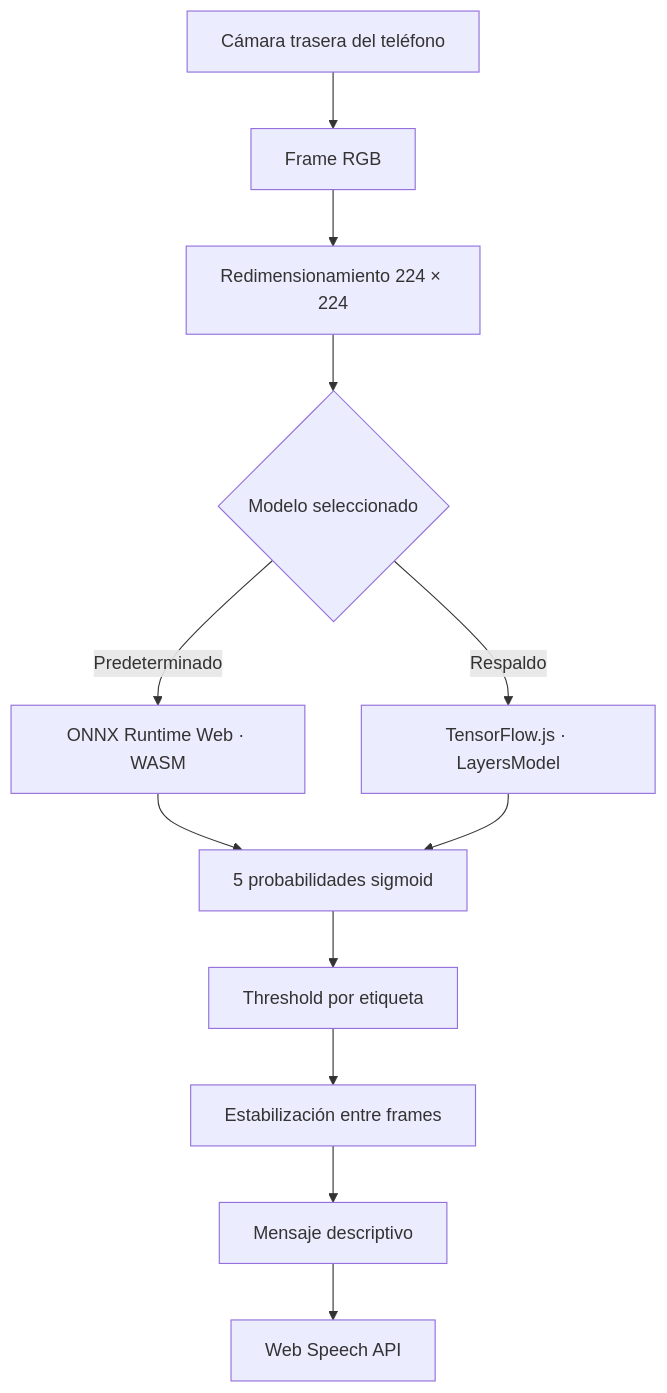
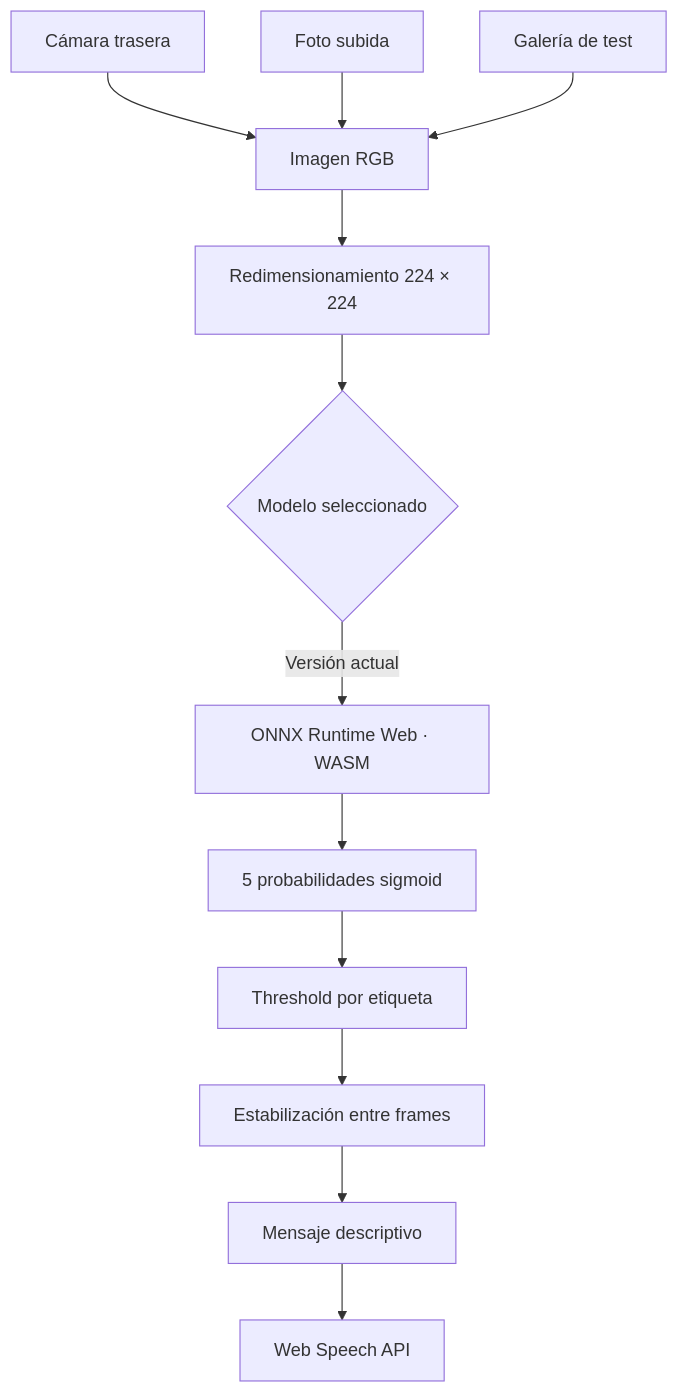
One commit to MSreinoso/PortafolioIA changed the diagram in Proyecto_Navegacion_Multilabel/README.md. Above: the diagram before and after it, drawn with Mermaid. The commit also changed other lines of this file and 37 other files, not shown here.

````diff
--- a/Proyecto_Navegacion_Multilabel/README.md
+++ b/Proyecto_Navegacion_Multilabel/README.md
@@ -69,14 +76,14 @@
 ```mermaid
 flowchart TD
-    A["Cámara trasera del teléfono"] --> B["Frame RGB"]
+    A["Cámara trasera"] --> B["Imagen RGB"]
+    A2["Foto subida"] --> B
+    A3["Galería de test"] --> B
     B --> C["Redimensionamiento 224 × 224"]
     C --> D{"Modelo seleccionado"}
-    D -->|Predeterminado| E["ONNX Runtime Web · WASM"]
-    D -->|Respaldo| F["TensorFlow.js · LayersModel"]
+    D -->|Versión actual| E["ONNX Runtime Web · WASM"]
     E --> G["5 probabilidades sigmoid"]
-    F --> G
     G --> H["Threshold por etiqueta"]
     H --> I["Estabilización entre frames"]
     I --> J["Mensaje descriptivo"]
     J --> K["Web Speech API"]
 ```
````
